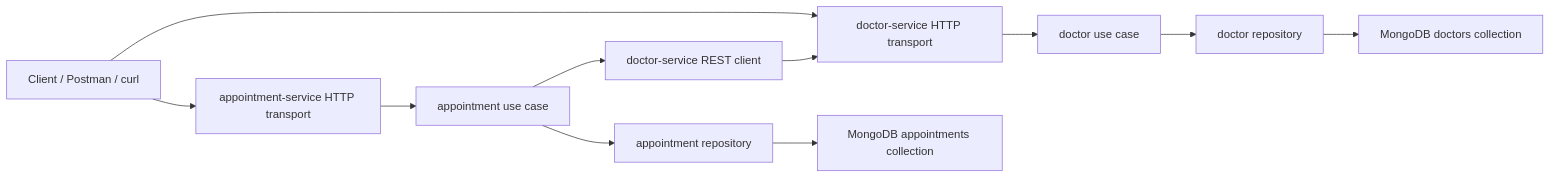
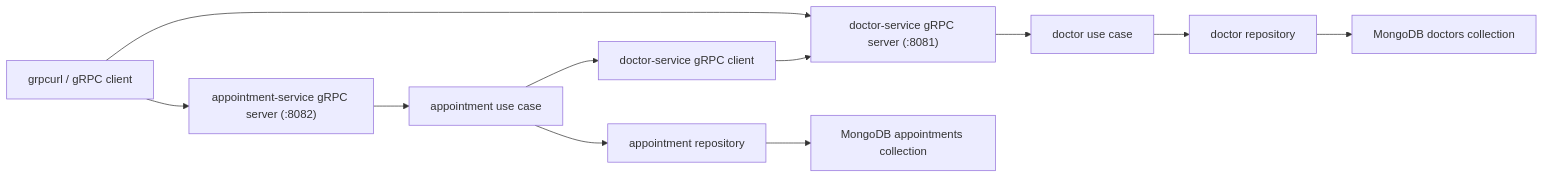
Before and after one commit to nurzhqn0/med-go: the diagram in README.md, drawn with Mermaid. The commit also changed other lines of this file and 27 other files, not shown here.

Commit message:
feat: replace http with grpc, connect appointment to the doctor

````diff
--- a/README.md
+++ b/README.md
@@ -36,16 +26,16 @@
 ```mermaid
 flowchart LR
-    Client["Client / Postman / curl"] --> DoctorHTTP["doctor-service HTTP transport"]
-    Client --> AppointmentHTTP["appointment-service HTTP transport"]
+    Client["grpcurl / gRPC client"] --> DoctorGRPC["doctor-service gRPC server (:8081)"]
+    Client --> AppointmentGRPC["appointment-service gRPC server (:8082)"]
 
-    DoctorHTTP --> DoctorUC["doctor use case"]
-    AppointmentHTTP --> AppointmentUC["appointment use case"]
+    DoctorGRPC --> DoctorUC["doctor use case"]
+    AppointmentGRPC --> AppointmentUC["appointment use case"]
 
     DoctorUC --> DoctorRepo["doctor repository"]
     AppointmentUC --> AppointmentRepo["appointment repository"]
-    AppointmentUC --> DoctorLookup["doctor-service REST client"]
+    AppointmentUC --> DoctorClient["doctor-service gRPC client"]
 
     DoctorRepo --> DoctorDB["MongoDB doctors collection"]
     AppointmentRepo --> AppointmentDB["MongoDB appointments collection"]
-    DoctorLookup --> DoctorHTTP
+    DoctorClient --> DoctorGRPC
 ```
````
